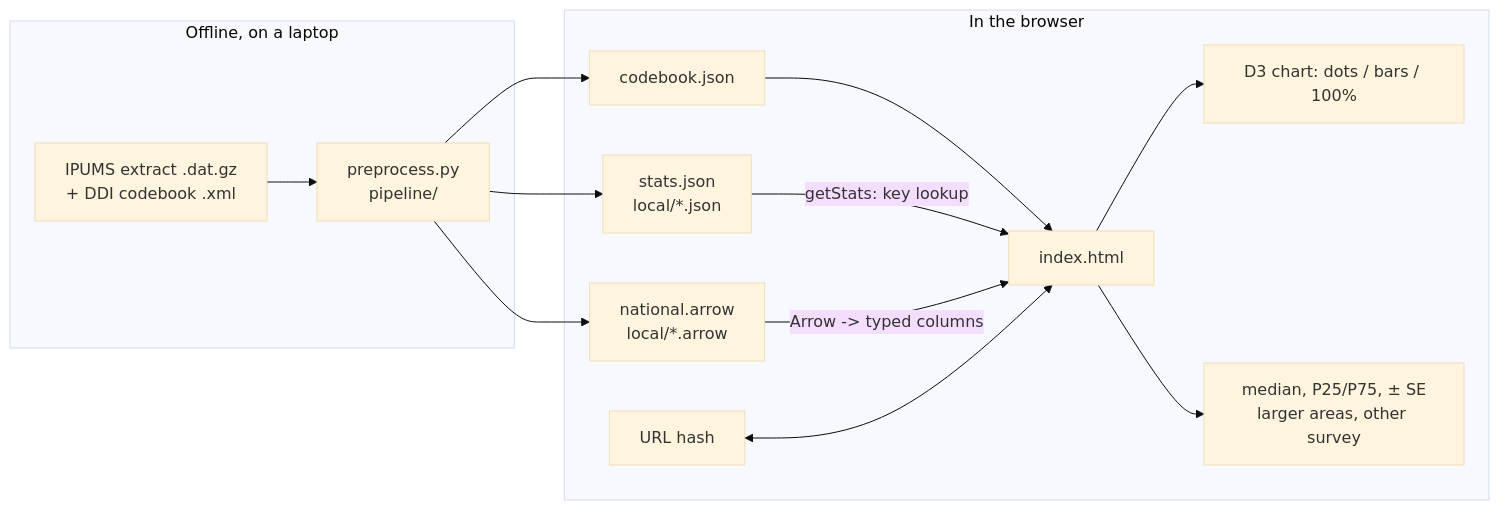
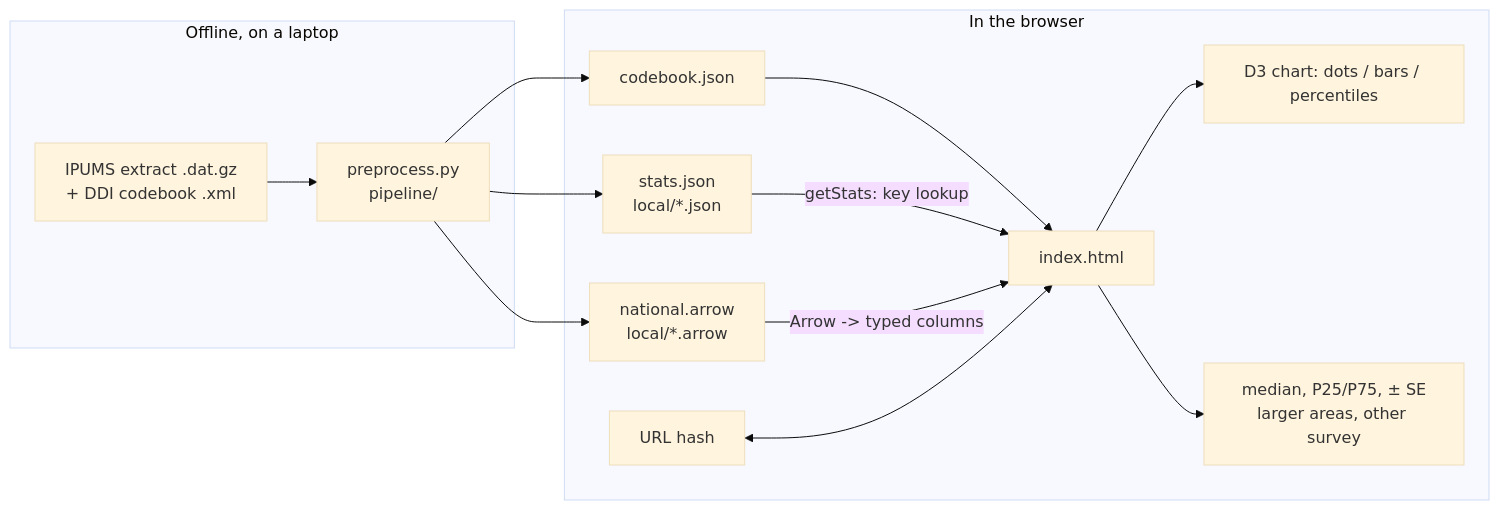
Before and after one commit to csciuto/acs-income-explorer: the diagram in ARCHITECTURE.md, drawn with Mermaid (base theme). The commit also changed other lines of this file and 26 other files, not shown here.

Commit message:
Two-row toolbar (chart type, then that chart's controls); Percentiles by group, gray reference with Dim others, lines slide on filter changes, shorter table

````diff
--- a/ARCHITECTURE.md
+++ b/ARCHITECTURE.md
@@ -50,17 +50,17 @@
 ```mermaid
 flowchart LR
   subgraph offline [Offline, on a laptop]
     X[IPUMS extract .dat.gz<br/>+ DDI codebook .xml] --> P[preprocess.py<br/>pipeline/]
   end
   P --> CB[codebook.json]
   P --> ST[stats.json<br/>local/*.json]
   P --> AR[national.arrow<br/>local/*.arrow]
   subgraph browser [In the browser]
     CB --> UI[index.html]
     ST -->|getStats: key lookup| UI
     AR -->|Arrow -> typed columns| UI
     H[URL hash] <--> UI
-    UI --> CH[D3 chart: dots / bars / 100%]
+    UI --> CH[D3 chart: dots / bars / percentiles]
     UI --> FIG[median, P25/P75, ± SE<br/>larger areas, other survey]
   end
 ```
````
